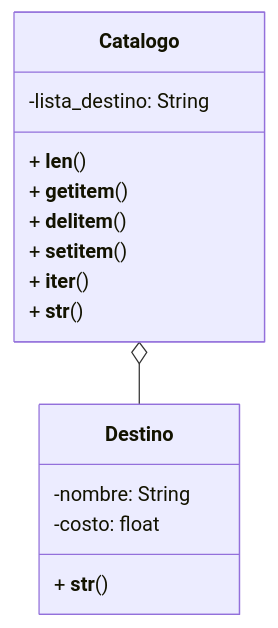
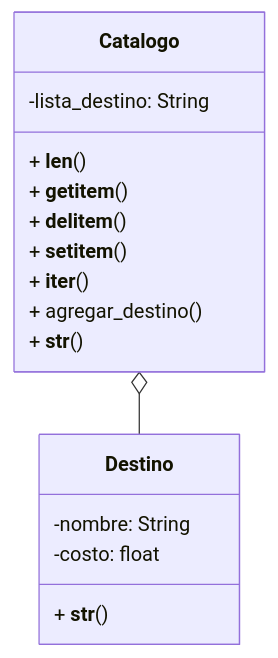
One commit to StephanieApaza/psg-oop-2025 changed the diagram in retos_sesion_08/ejercicio_02.md. Above: the diagram before and after it, drawn with Mermaid. The commit also changed other lines of this file, not shown here.

Commit message:
Agregando la acción agregar_destino al análisis

````diff
--- a/retos_sesion_08/ejercicio_02.md
+++ b/retos_sesion_08/ejercicio_02.md
@@ -47,18 +47,19 @@
 ```mermaid
 classDiagram
     class Destino {
         -nombre: String
         -costo: float
         + __str__()
     }
     class Catalogo{
         -lista_destino: String
         + __len__()
         + __getitem__()
         + __delitem__()
         + __setitem__()
         + __iter__()
+        + agregar_destino()
         + __str__()
     }
     Catalogo o-- Destino
 ```
````
